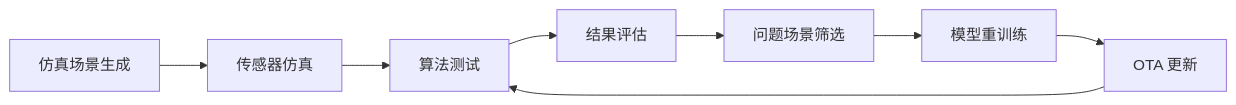
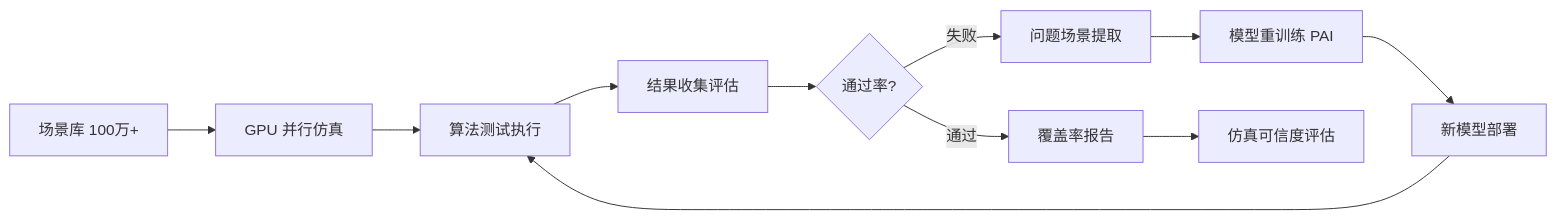
One commit to kudig-io/kudig-database changed the second of 2 diagrams in topic-application-architecture/65-autonomous-driving-sim.md. Above: the diagram before and after it, drawn with Mermaid. The commit also changed other lines of this file and 8633 other files, not shown here.

````diff
--- a/topic-application-architecture/65-autonomous-driving-sim.md
+++ b/topic-application-architecture/65-autonomous-driving-sim.md
@@ -157,10 +390,13 @@
 ```mermaid
 flowchart LR
-    A[仿真场景生成] --> B[传感器仿真]
-    B --> C[算法测试]
-    C --> D[结果评估]
-    D --> E[问题场景筛选]
-    E --> F[模型重训练]
-    F --> G[OTA 更新]
-    G --> C
+    A[场景库 100万+] --> B[GPU 并行仿真]
+    B --> C[算法测试执行]
+    C --> D[结果收集评估]
+    D --> E{通过率?}
+    E -->|失败| F[问题场景提取]
+    F --> G[模型重训练 PAI]
+    G --> H[新模型部署]
+    H --> C
+    E -->|通过| I[覆盖率报告]
+    I --> J[仿真可信度评估]
 ```
````
